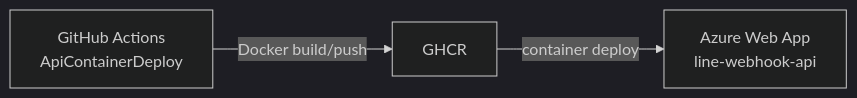
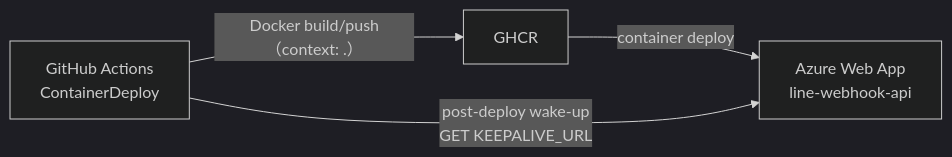
One commit to agts86/G-Searcher changed the fourth of 4 diagrams in Architect.md. Above: the diagram before and after it, drawn with Mermaid (dark theme). The commit also changed other lines of this file, not shown here.

Commit message:
feat: アーキテクチャ図を更新し、依存関係を明確化

````diff
--- a/Architect.md
+++ b/Architect.md
@@ -69,9 +110,10 @@
 ```mermaid
 graph LR
-    GH["GitHub Actions<br/>ApiContainerDeploy"]
+    GH["GitHub Actions<br/>ContainerDeploy"]
     GHCR["GHCR"]
     Azure["Azure Web App<br/>line-webhook-api"]
 
-    GH -->|Docker build/push| GHCR
+    GH -->|Docker build/push（context: .）| GHCR
     GHCR -->|container deploy| Azure
+    GH -->|post-deploy wake-up<br/>GET KEEPALIVE_URL| Azure
 ```
````
